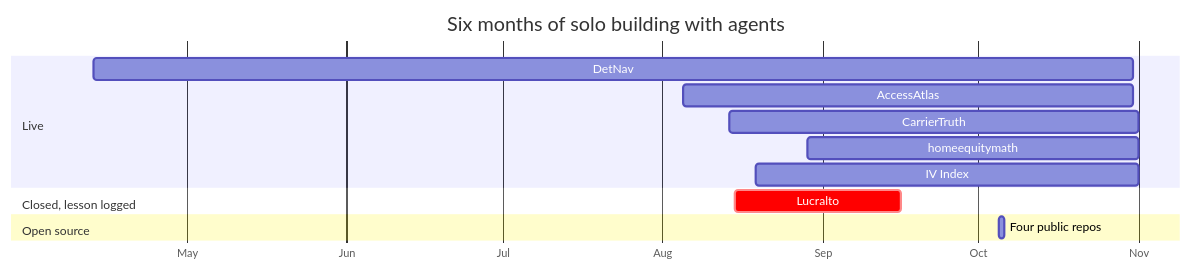
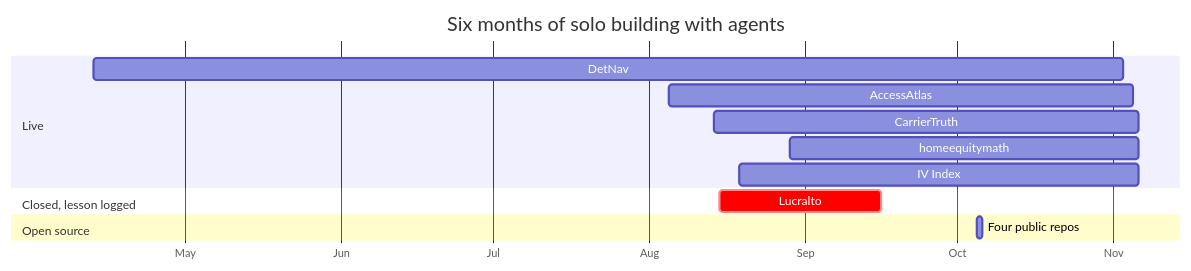
The second of 2 diagrams in README.md (kabluk/kabluk), drawn with Mermaid before and after one commit. The commit also changed other lines of this file and 8 other files, not shown here.

First line of the commit message:
Profile refresh 2026-11-06: ~3,600 commits, ~7,800 tests; homeequitymath 495 calculators, 5,602 tests; AccessAtlas 996 tests; CarrierTruth 4.5M carriers; fresh case screenshots

````diff
--- a/README.md
+++ b/README.md
@@ -47,16 +47,16 @@
 ```mermaid
 gantt
   title Six months of solo building with agents
   dateFormat YYYY-MM-DD
   axisFormat %b
   section Live
-  DetNav            :2026-04-13, 2026-10-31
-  AccessAtlas       :2026-08-05, 2026-10-31
-  CarrierTruth      :2026-08-14, 2026-11-01
-  homeequitymath    :2026-08-29, 2026-11-01
-  IV Index          :2026-08-19, 2026-11-01
+  DetNav            :2026-04-13, 2026-11-03
+  AccessAtlas       :2026-08-05, 2026-11-05
+  CarrierTruth      :2026-08-14, 2026-11-06
+  homeequitymath    :2026-08-29, 2026-11-06
+  IV Index          :2026-08-19, 2026-11-06
   section Closed, lesson logged
   Lucralto          :crit, 2026-08-15, 2026-09-16
   section Open source
   Four public repos :2026-10-05, 2026-10-06
 ```
````
